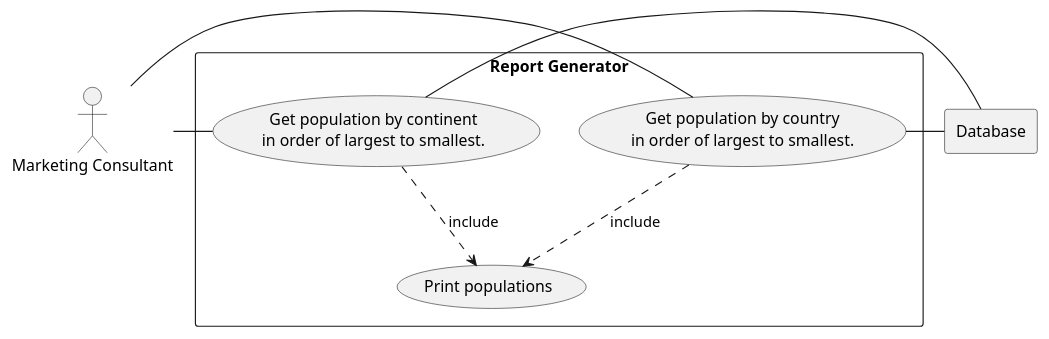
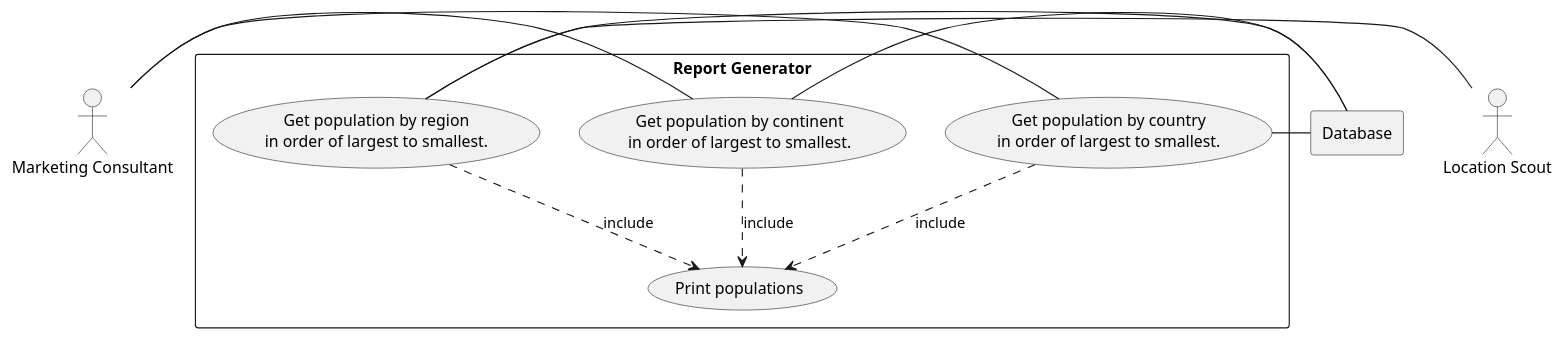
The diagram in use-cases/Report Generator.puml (Scott-Darroch/Group_1_Coursework_SEM), drawn with PlantUML before and after one commit.

Commit message:
Addition Use case diagram

```diff
--- a/use-cases/Report Generator.puml
+++ b/use-cases/Report Generator.puml
@@ -1,25 +1,30 @@
 @startuml
 
 actor MC as "Marketing Consultant"
+actor LS as "Location Scout"
 
 rectangle Database
 
 rectangle "Report Generator" {
     usecase UC1 as "Get population by country
     in order of largest to smallest."
 
     usecase UCa as "Print populations"
 
     MC - UC1
     UC1 ..> UCa : include
     UC1 - Database
 
     usecase UC2 as "Get population by continent
     in order of largest to smallest."
     MC - UC2
     UC2 ..> UCa : include
     UC2 - Database
 
-}
+    usecase UC3 as "Get population by region
+    in order of largest to smallest."
+    LS - UC3
+    UC3 ..> UCa : include
+    UC3 - Database
 
 @enduml
```
